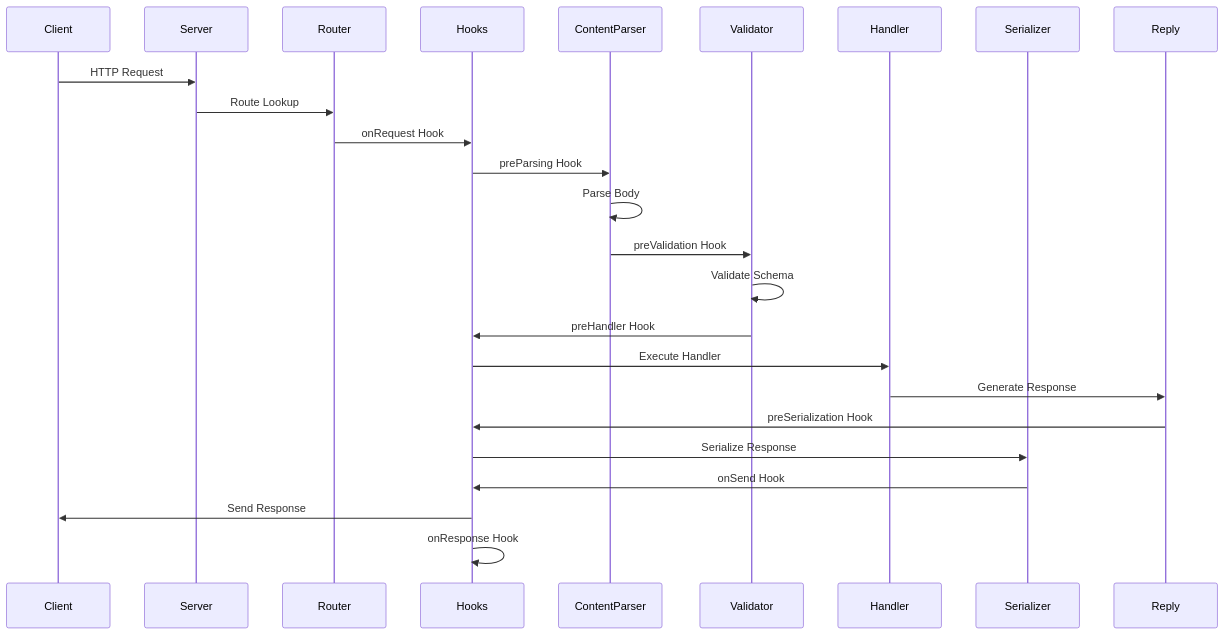
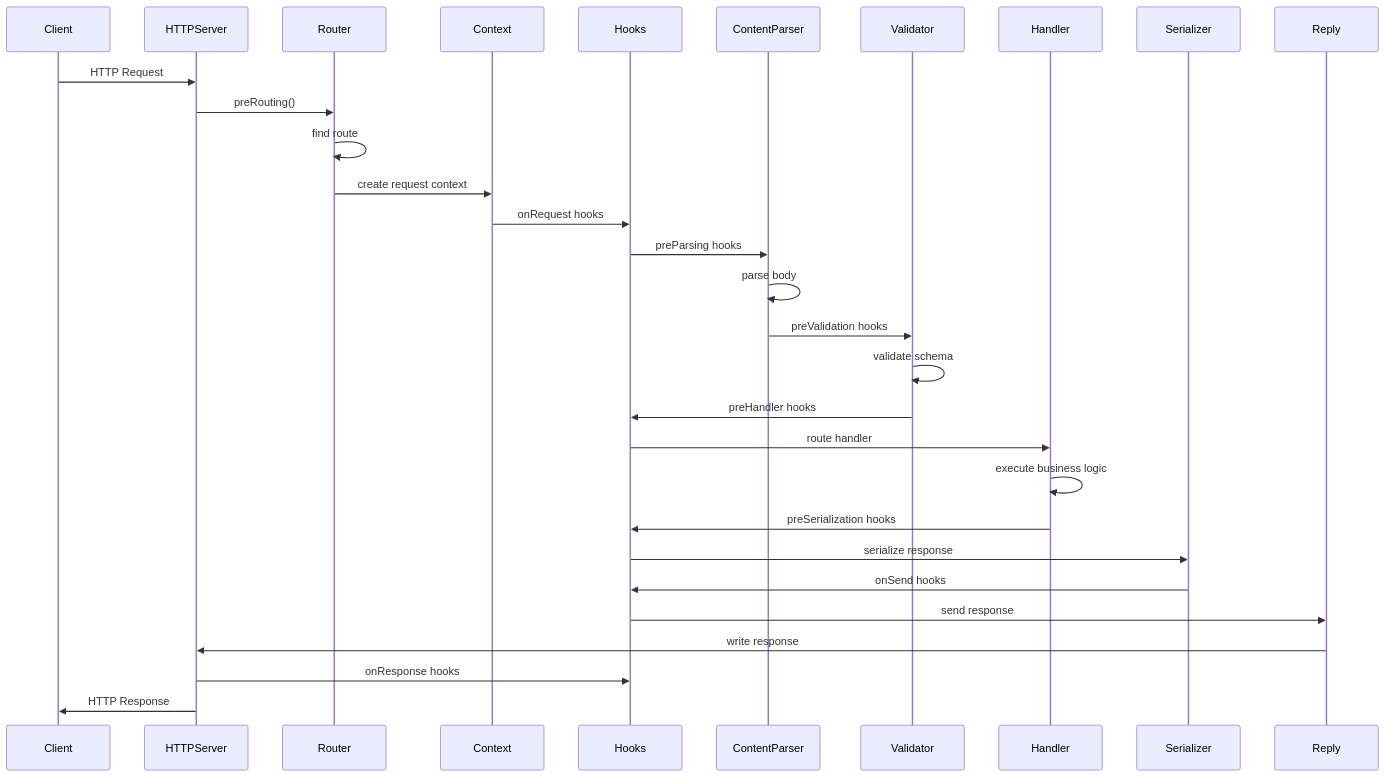
The second of 2 diagrams in fastify-architecture-diagram.md (shomilj/fastify), drawn with Mermaid before and after one commit. The commit also changed other lines of this file and 1 other file, not shown here.

Commit message:
Update Fastify architecture documentation with detailed diagrams and explanations

````diff
--- a/fastify-architecture-diagram.md
+++ b/fastify-architecture-diagram.md
@@ -127,28 +55,39 @@
 ```mermaid
 sequenceDiagram
     participant Client
-    participant Server
+    participant HTTPServer
     participant Router
+    participant Context
     participant Hooks
     participant ContentParser
     participant Validator
     participant Handler
     participant Serializer
     participant Reply
 
-    Client->>Server: HTTP Request
-    Server->>Router: Route Lookup
-    Router->>Hooks: onRequest Hook
-    Hooks->>ContentParser: preParsing Hook
-    ContentParser->>ContentParser: Parse Body
-    ContentParser->>Validator: preValidation Hook
-    Validator->>Validator: Validate Schema
-    Validator->>Hooks: preHandler Hook
-    Hooks->>Handler: Execute Handler
-    Handler->>Reply: Generate Response
-    Reply->>Hooks: preSerialization Hook
-    Hooks->>Serializer: Serialize Response
-    Serializer->>Hooks: onSend Hook
-    Hooks->>Client: Send Response
-    Hooks->>Hooks: onResponse Hook
+    Client->>HTTPServer: HTTP Request
+    HTTPServer->>Router: preRouting()
+    Router->>Router: find route
+    Router->>Context: create request context
+    
+    Context->>Hooks: onRequest hooks
+    Hooks->>ContentParser: preParsing hooks
+    ContentParser->>ContentParser: parse body
+    
+    ContentParser->>Validator: preValidation hooks
+    Validator->>Validator: validate schema
+    
+    Validator->>Hooks: preHandler hooks
+    Hooks->>Handler: route handler
+    Handler->>Handler: execute business logic
+    
+    Handler->>Hooks: preSerialization hooks
+    Hooks->>Serializer: serialize response
+    
+    Serializer->>Hooks: onSend hooks
+    Hooks->>Reply: send response
+    Reply->>HTTPServer: write response
+    
+    HTTPServer->>Hooks: onResponse hooks
+    HTTPServer->>Client: HTTP Response
 ```
````
